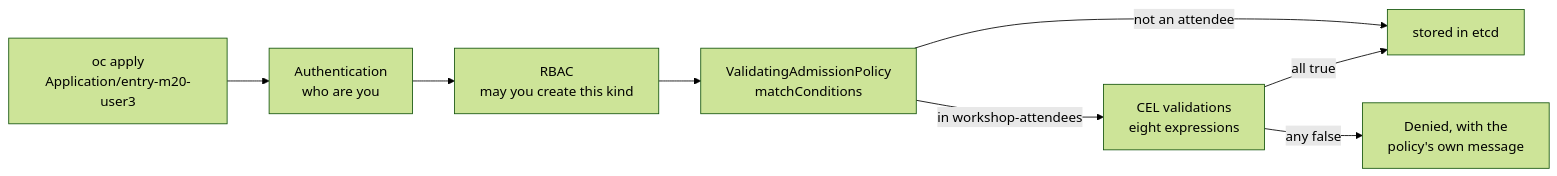
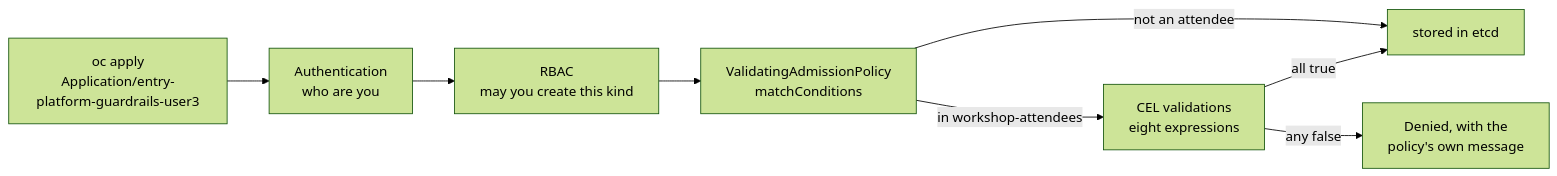
Before and after one commit to serhat-dirik/OCP-Getting-Started-Revamped: the diagram in content/modules/ROOT/examples/diagrams/platform-guardrails/02-admission-gate.mmd, drawn with Mermaid (forest theme). The commit also changed 1 other file, not shown here.

Commit message:
docs: correct a stale diagram label and the keda subscription comment
The platform-guardrails admission diagram named the Argo app
"entry-m20-user3"; apps are named entry-<slug>-<user>, so it now reads
"entry-platform-guardrails-user3". The keda subscription comment said
health-resources-autoscaling uses KEDA; that module only mentions it.

```diff
--- a/content/modules/ROOT/examples/diagrams/platform-guardrails/02-admission-gate.mmd
+++ b/content/modules/ROOT/examples/diagrams/platform-guardrails/02-admission-gate.mmd
@@ -1,16 +1,16 @@
 %% The admission path an attendee's own `oc apply` takes. Flat on purpose: the sequence IS the
 %% lesson, and a subgraph here would only add a box nobody needs.
 flowchart LR
-  req["oc apply<br/>Application/entry-m20-user3"]
+  req["oc apply<br/>Application/entry-platform-guardrails-user3"]
   auth["Authentication<br/>who are you"]
   rbac["RBAC<br/>may you create this kind"]
   match["ValidatingAdmissionPolicy<br/>matchConditions"]
   cel["CEL validations<br/>eight expressions"]
   etcd["stored in etcd"]
   deny["Denied, with the<br/>policy's own message"]
 
   req --> auth --> rbac --> match
   match -->|"not an attendee"| etcd
   match -->|"in workshop-attendees"| cel
   cel -->|"all true"| etcd
   cel -->|"any false"| deny
```
